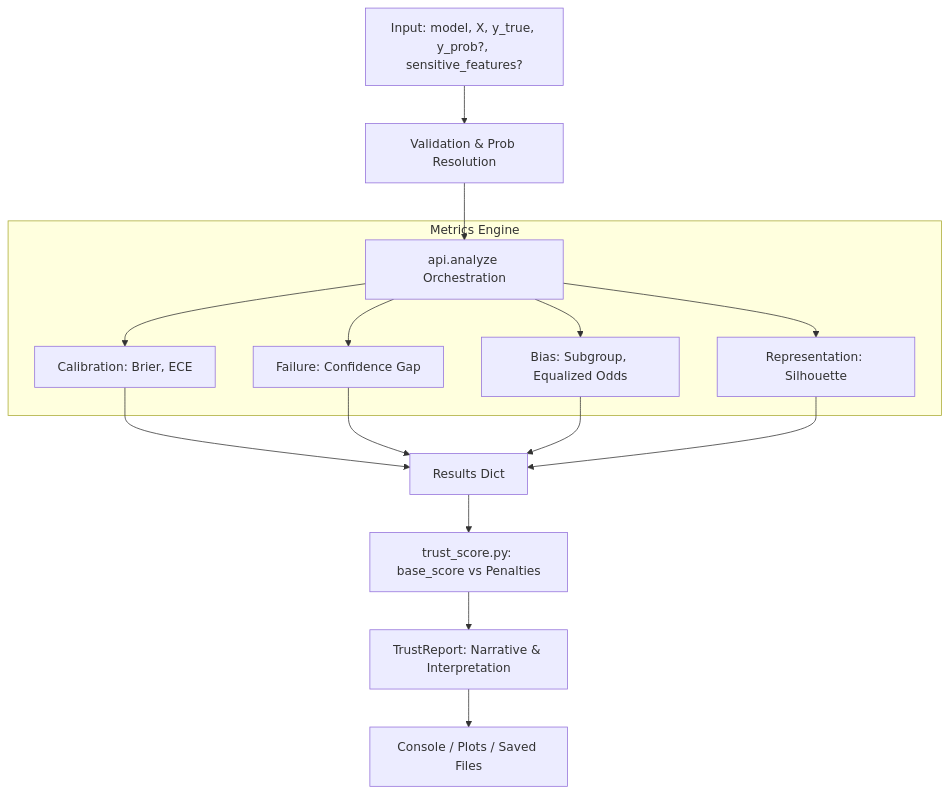
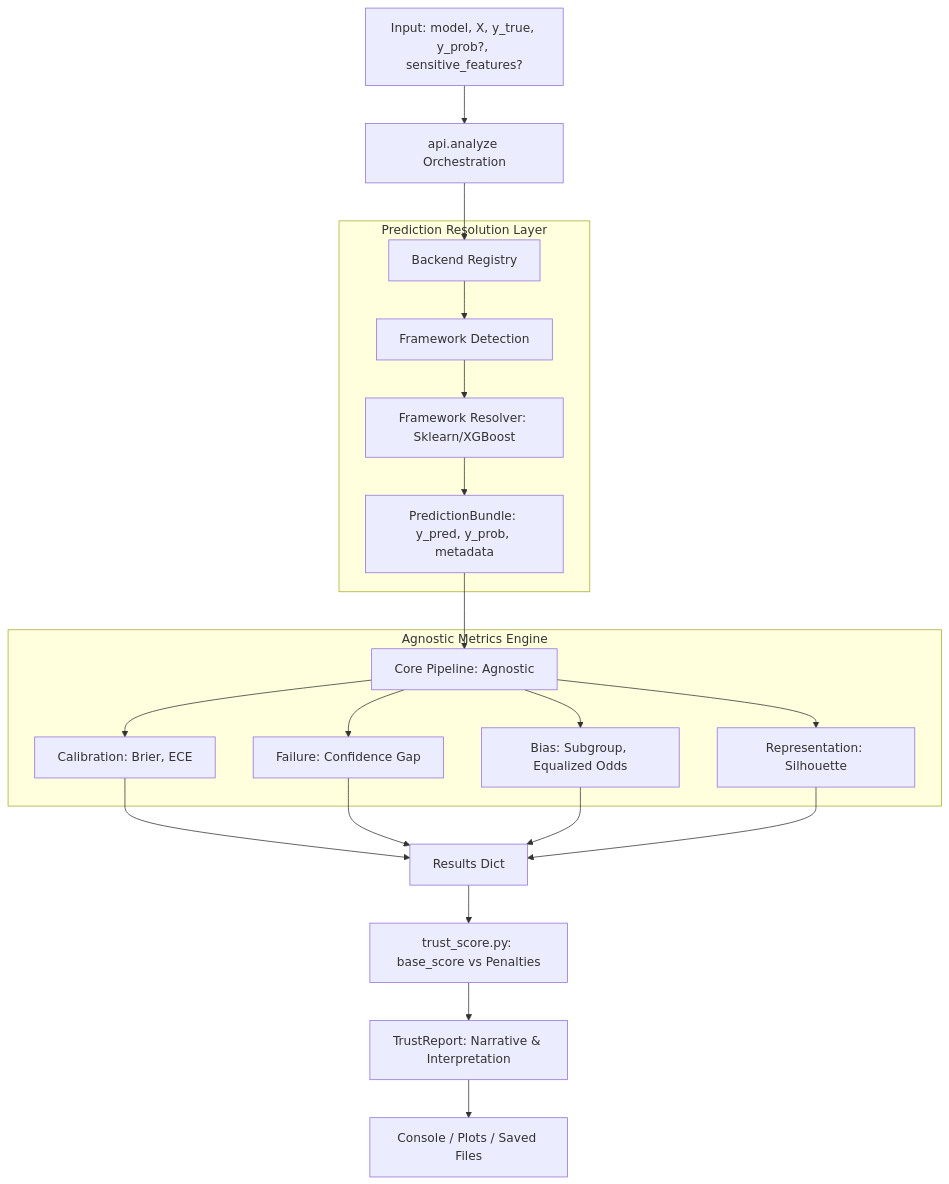
One commit to Khanz9664/TrustLens changed the first of 3 diagrams in docs/architecture.md. Above: the diagram before and after it, drawn with Mermaid. The commit also changed other lines of this file and 23 other files, not shown here.

First line of the commit message:
Major Refactor: Framework-Agnostic Prediction Resolver Architecture + XGBoost Support (#90)

````diff
--- a/docs/architecture.md
+++ b/docs/architecture.md
@@ -17,21 +17,29 @@
 ```mermaid
 graph TD
-    Input[Input: model, X, y_true, y_prob?, sensitive_features?] --> Validate[Validation & Prob Resolution]
-    Validate --> Orchestrator[api.analyze Orchestration]
+    Input[Input: model, X, y_true, y_prob?, sensitive_features?] --> API[api.analyze Orchestration]
+    API --> Registry[Backend Registry]
 
-    subgraph "Metrics Engine"
-        Orchestrator --> Calib[Calibration: Brier, ECE]
-        Orchestrator --> Fail[Failure: Confidence Gap]
-        Orchestrator --> Bias[Bias: Subgroup, Equalized Odds]
-        Orchestrator --> Rep[Representation: Silhouette]
+    subgraph "Prediction Resolution Layer"
+        Registry --> Detect[Framework Detection]
+        Detect --> Resolver[Framework Resolver: Sklearn/XGBoost]
+        Resolver --> Bundle[PredictionBundle: y_pred, y_prob, metadata]
+    end
+
+    Bundle --> Pipeline[Core Pipeline: Agnostic]
+
+    subgraph "Agnostic Metrics Engine"
+        Pipeline --> Calib[Calibration: Brier, ECE]
+        Pipeline --> Fail[Failure: Confidence Gap]
+        Pipeline --> Bias[Bias: Subgroup, Equalized Odds]
+        Pipeline --> Rep[Representation: Silhouette]
     end
 
     Calib --> Results[Results Dict]
     Fail --> Results
     Bias --> Results
     Rep --> Results
 
     Results --> Scoring["trust_score.py: base_score vs Penalties"]
     Scoring --> Report[TrustReport: Narrative & Interpretation]
     Report --> Output[Console / Plots / Saved Files]
 ```
````
